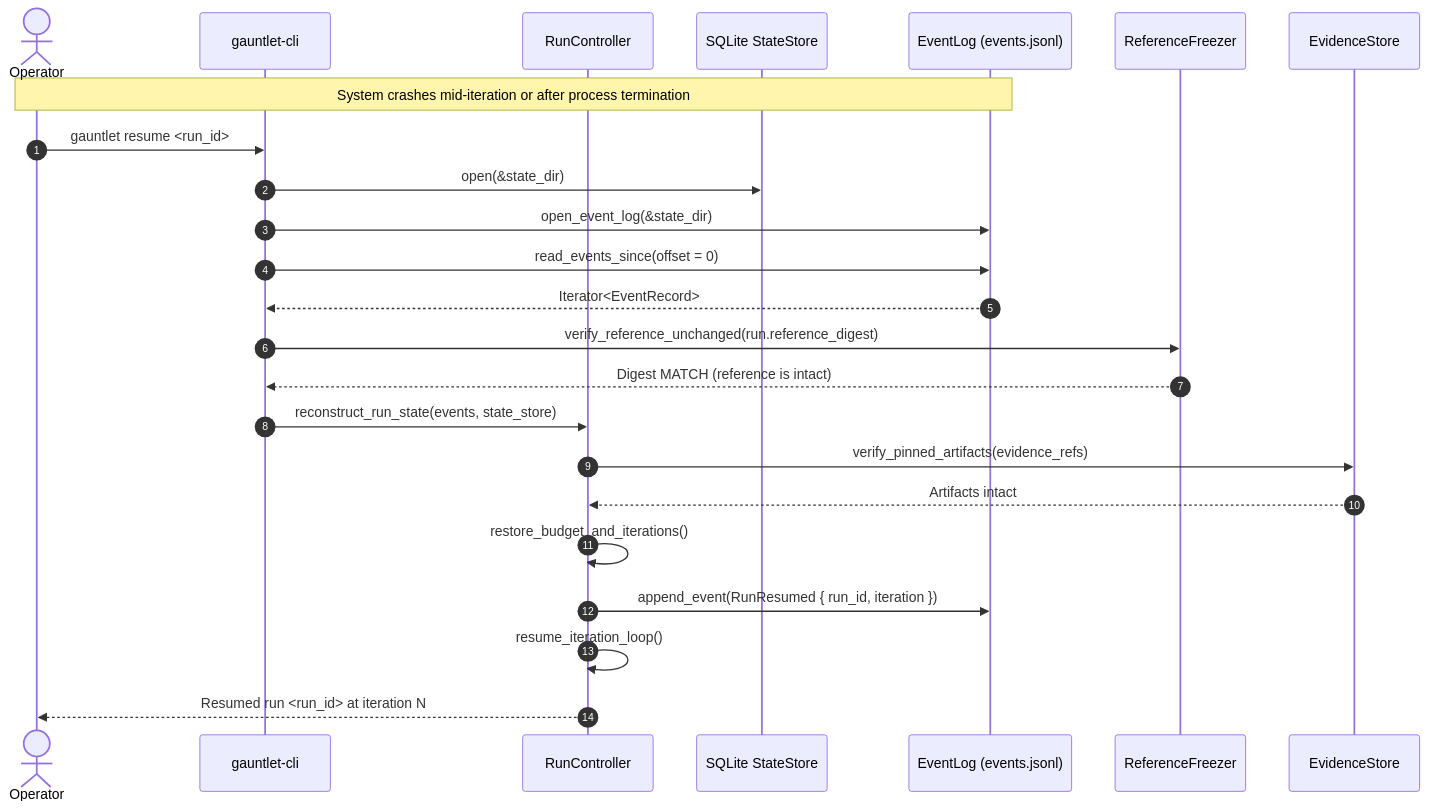
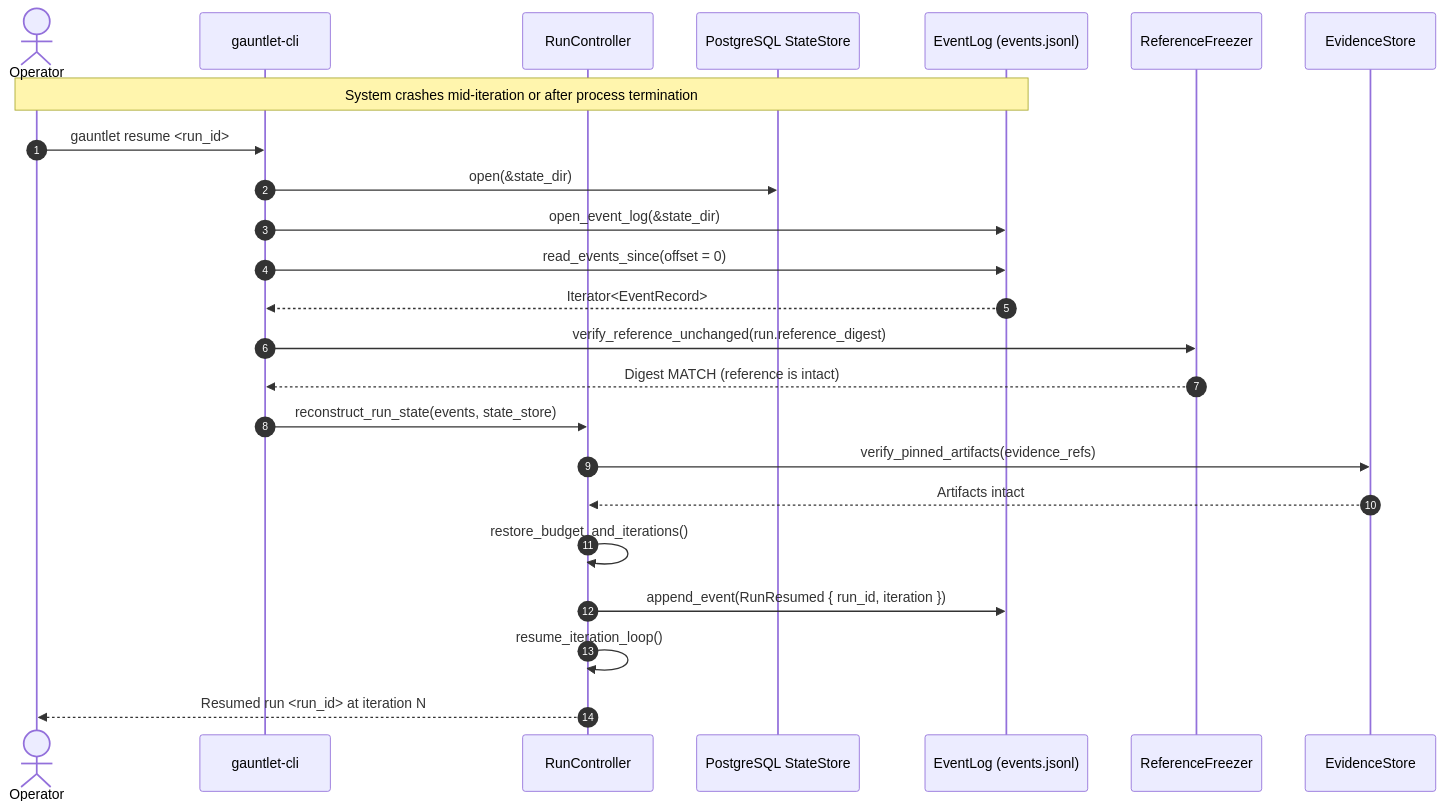
Before and after one commit to GodSpeedAI/Gauntlet: the diagram in docs/workflows/crash-recovery.md, drawn with Mermaid. The commit also changed other lines of this file and 53 other files, not shown here.

First line of the commit message:
docs/spec: PostgreSQL as the default durable store; GAUNTLET_DATABASE_URL hook

````diff
--- a/docs/workflows/crash-recovery.md
+++ b/docs/workflows/crash-recovery.md
@@ -17,33 +17,33 @@
 ```mermaid
 sequenceDiagram
     autonumber
     actor Op as Operator
     participant CLI as gauntlet-cli
     participant Ctrl as RunController
-    participant State as SQLite StateStore
+    participant State as PostgreSQL StateStore
     participant Log as EventLog (events.jsonl)
     participant Freez as ReferenceFreezer
     participant Evid as EvidenceStore
 
     Note over Op,Log: System crashes mid-iteration or after process termination
     Op->>CLI: gauntlet resume <run_id>
     
     CLI->>State: open(&state_dir)
     CLI->>Log: open_event_log(&state_dir)
     
     CLI->>Log: read_events_since(offset = 0)
     Log-->>CLI: Iterator<EventRecord>
     
     CLI->>Freez: verify_reference_unchanged(run.reference_digest)
     Freez-->>CLI: Digest MATCH (reference is intact)
     
     CLI->>Ctrl: reconstruct_run_state(events, state_store)
     Ctrl->>Evid: verify_pinned_artifacts(evidence_refs)
     Evid-->>Ctrl: Artifacts intact
     
     Ctrl->>Ctrl: restore_budget_and_iterations()
     Ctrl->>Log: append_event(RunResumed { run_id, iteration })
     
     Ctrl->>Ctrl: resume_iteration_loop()
     Ctrl-->>Op: Resumed run <run_id> at iteration N
 ```
````
